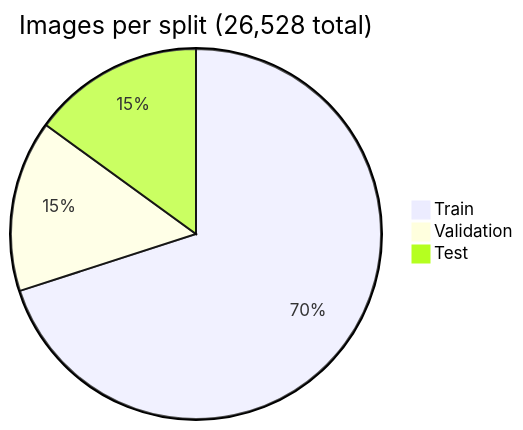
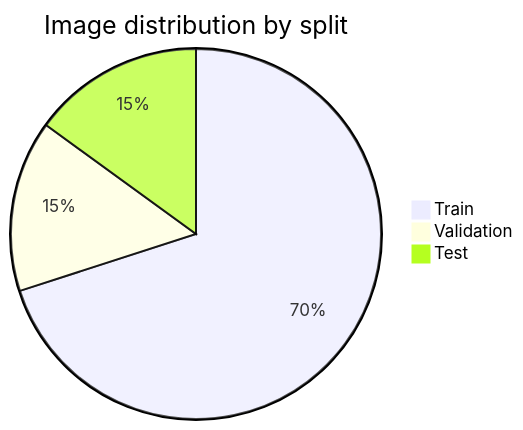
Before and after one commit to CostiCatargiu/Yolov12_WeaponDetection: the second of 5 diagrams in Readme.md, drawn with Mermaid. The commit also changed other lines of this file, not shown here.

````diff
--- a/Readme.md
+++ b/Readme.md
@@ -513,6 +165,6 @@
 ```mermaid
-pie title Images per split (26,528 total)
+pie title Image distribution by split
     "Train" : 18577
     "Validation" : 3973
     "Test" : 3978
 ```
````
